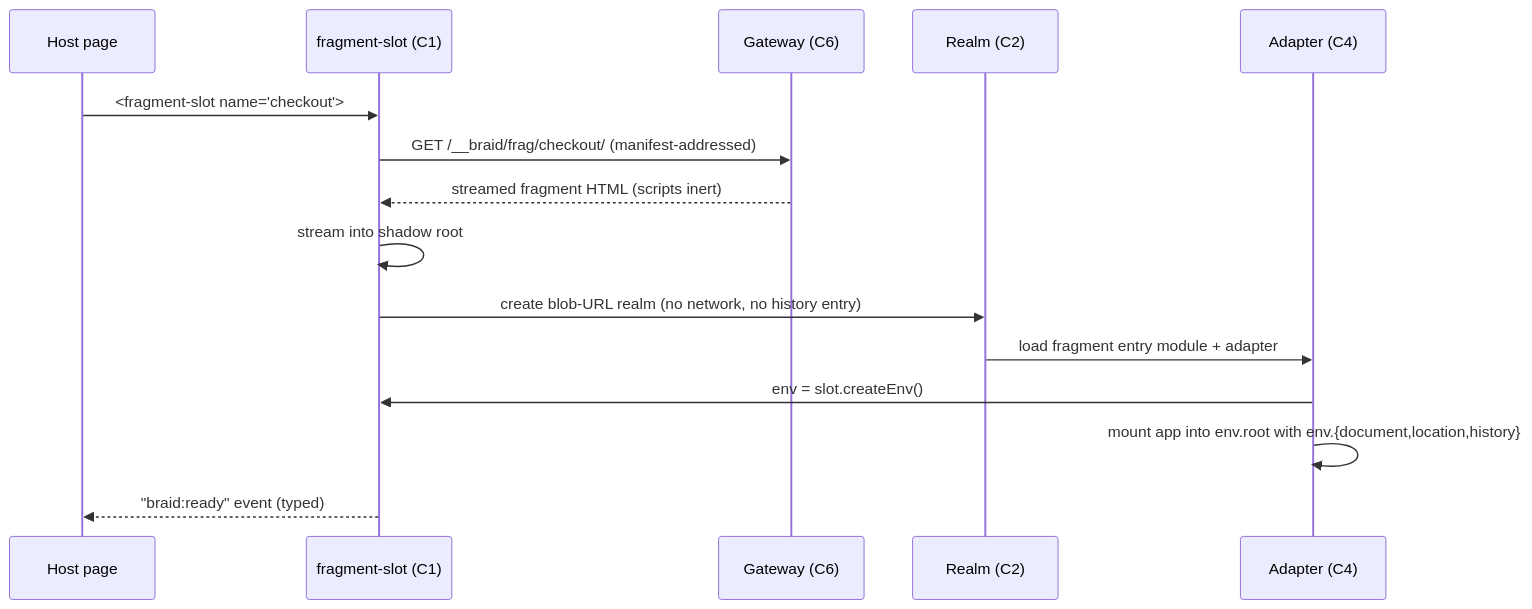
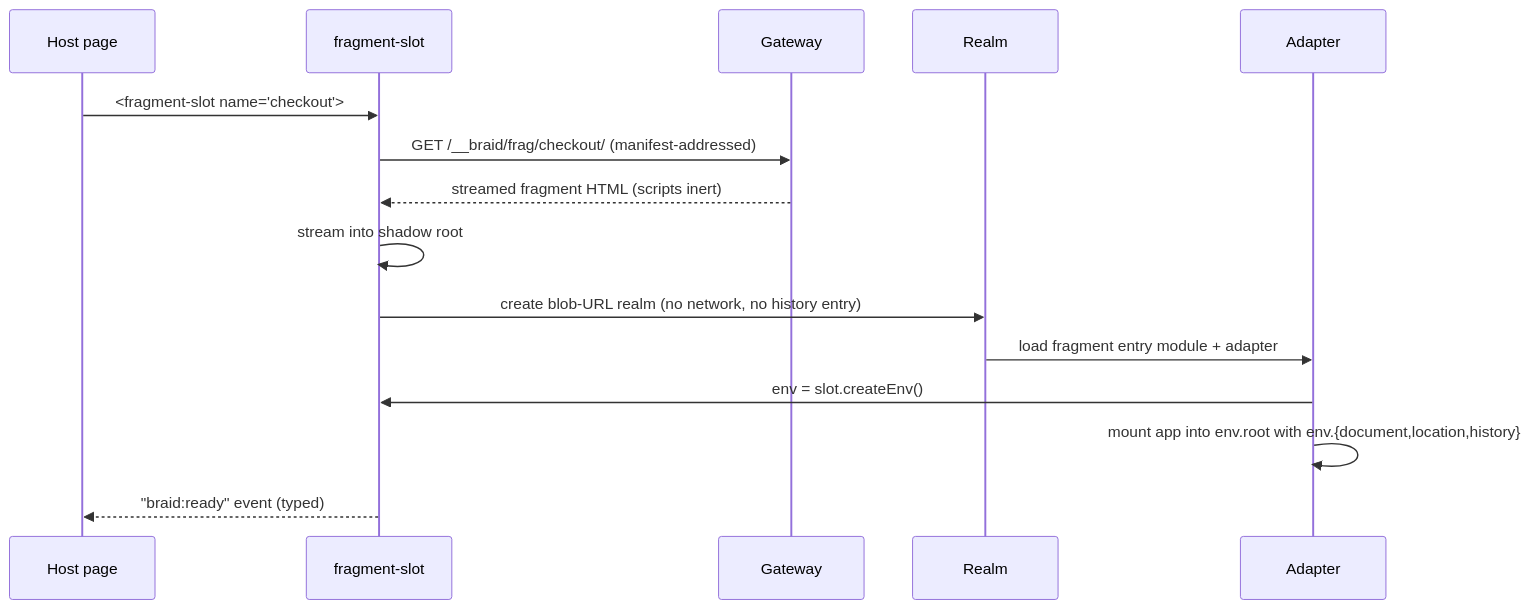
One commit to Jefftopia/skew changed the second of 4 diagrams in docs/braid-architecture.md. Above: the diagram before and after it, drawn with Mermaid. The commit also changed other lines of this file and 75 other files, not shown here.

````diff
--- a/docs/braid-architecture.md
+++ b/docs/braid-architecture.md
@@ -110,17 +110,17 @@
 ```mermaid
 sequenceDiagram
   participant H as Host page
-  participant S as fragment-slot (C1)
-  participant G as Gateway (C6)
-  participant R as Realm (C2)
-  participant A as Adapter (C4)
+  participant S as fragment-slot
+  participant G as Gateway
+  participant R as Realm
+  participant A as Adapter
   H->>S: <fragment-slot name="checkout">
   S->>G: GET /__braid/frag/checkout/ (manifest-addressed)
   G-->>S: streamed fragment HTML (scripts inert)
   S->>S: stream into shadow root
   S->>R: create blob-URL realm (no network, no history entry)
   R->>A: load fragment entry module + adapter
   A->>S: env = slot.createEnv()
   A->>A: mount app into env.root with env.{document,location,history}
   S-->>H: "braid:ready" event (typed)
 ```
````
